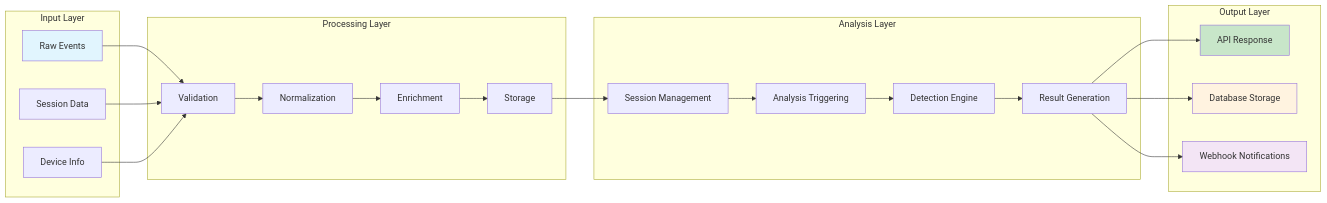
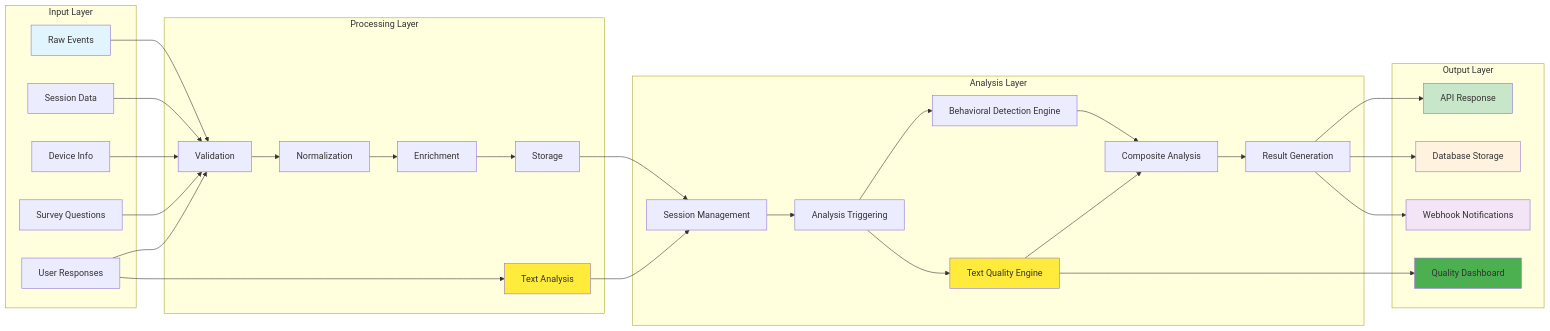
The eighth of 9 diagrams in bot_detection_flow.md (halderavik/bot_detection_live), drawn with Mermaid before and after one commit. The commit also changed other lines of this file and 25 other files, not shown here.

Commit message:
chore(prod): deploy plan & GCP prod configs; text analysis services and tests; frontend widget; cloudbuild frontend; docs updates

````diff
--- a/bot_detection_flow.md
+++ b/bot_detection_flow.md
@@ -261,50 +369,67 @@
 ```mermaid
 graph LR
     subgraph "Input Layer"
         A[Raw Events]
         B[Session Data]
         C[Device Info]
+        D[Survey Questions]
+        E[User Responses]
     end
     
     subgraph "Processing Layer"
-        D[Validation]
-        E[Normalization]
-        F[Enrichment]
-        G[Storage]
+        F[Validation]
+        G[Normalization]
+        H[Enrichment]
+        I[Storage]
+        J[Text Analysis]
     end
     
     subgraph "Analysis Layer"
-        H[Session Management]
-        I[Analysis Triggering]
-        J[Detection Engine]
-        K[Result Generation]
+        K[Session Management]
+        L[Analysis Triggering]
+        M[Behavioral Detection Engine]
+        N[Text Quality Engine]
+        O[Composite Analysis]
+        P[Result Generation]
     end
     
     subgraph "Output Layer"
-        L[API Response]
-        M[Database Storage]
-        N[Webhook Notifications]
+        Q[API Response]
+        R[Database Storage]
+        S[Webhook Notifications]
+        T[Quality Dashboard]
     end
     
-    A --> D
-    B --> D
-    C --> D
+    A --> F
+    B --> F
+    C --> F
+    D --> F
+    E --> F
     
-    D --> E
-    E --> F
     F --> G
-    
     G --> H
     H --> I
-    I --> J
+    E --> J
+    
+    I --> K
     J --> K
+    K --> L
+    L --> M
+    L --> N
+    M --> O
+    N --> O
+    O --> P
     
-    K --> L
-    K --> M
-    K --> N
+    P --> Q
+    P --> R
+    P --> S
+    N --> T
     
     style A fill:#e1f5fe
-    style L fill:#c8e6c9
-    style M fill:#fff3e0
-    style N fill:#f3e5f5
+    style Q fill:#c8e6c9
+    style R fill:#fff3e0
+    style S fill:#f3e5f5
+    style J fill:#ffeb3b
+    style N fill:#ffeb3b
+    style T fill:#4caf50
 ```
````
